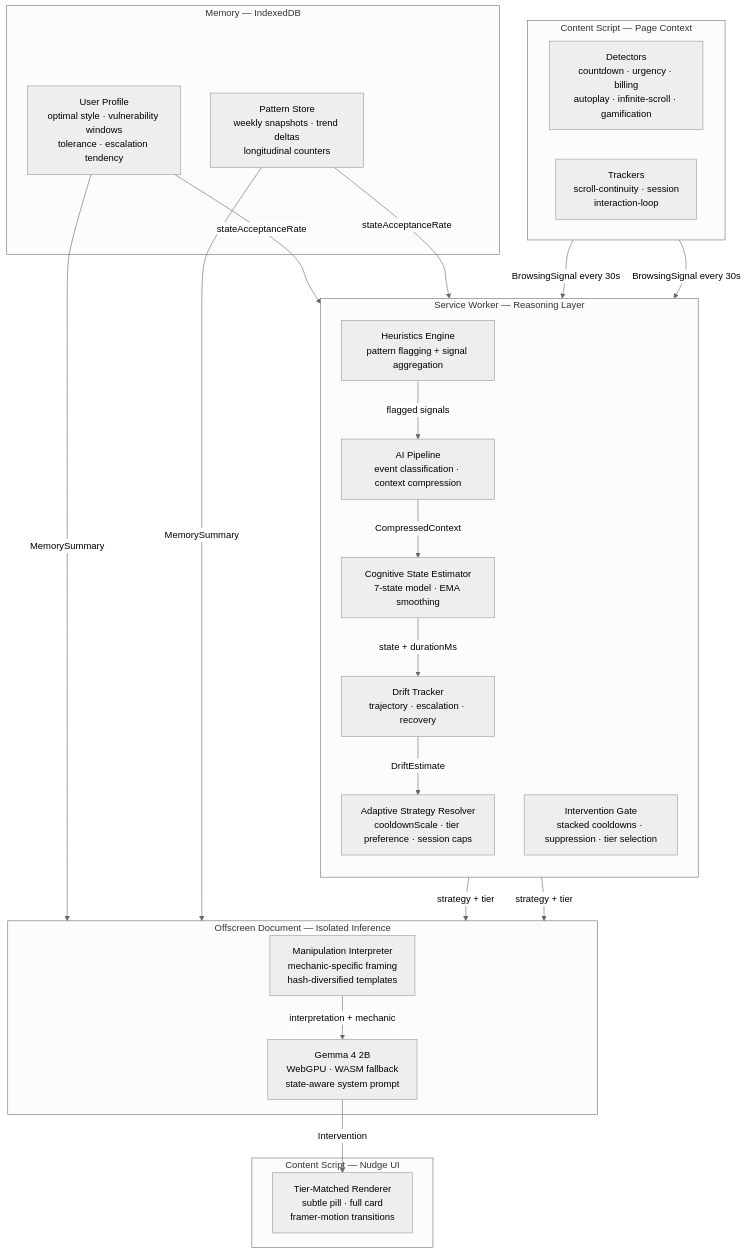
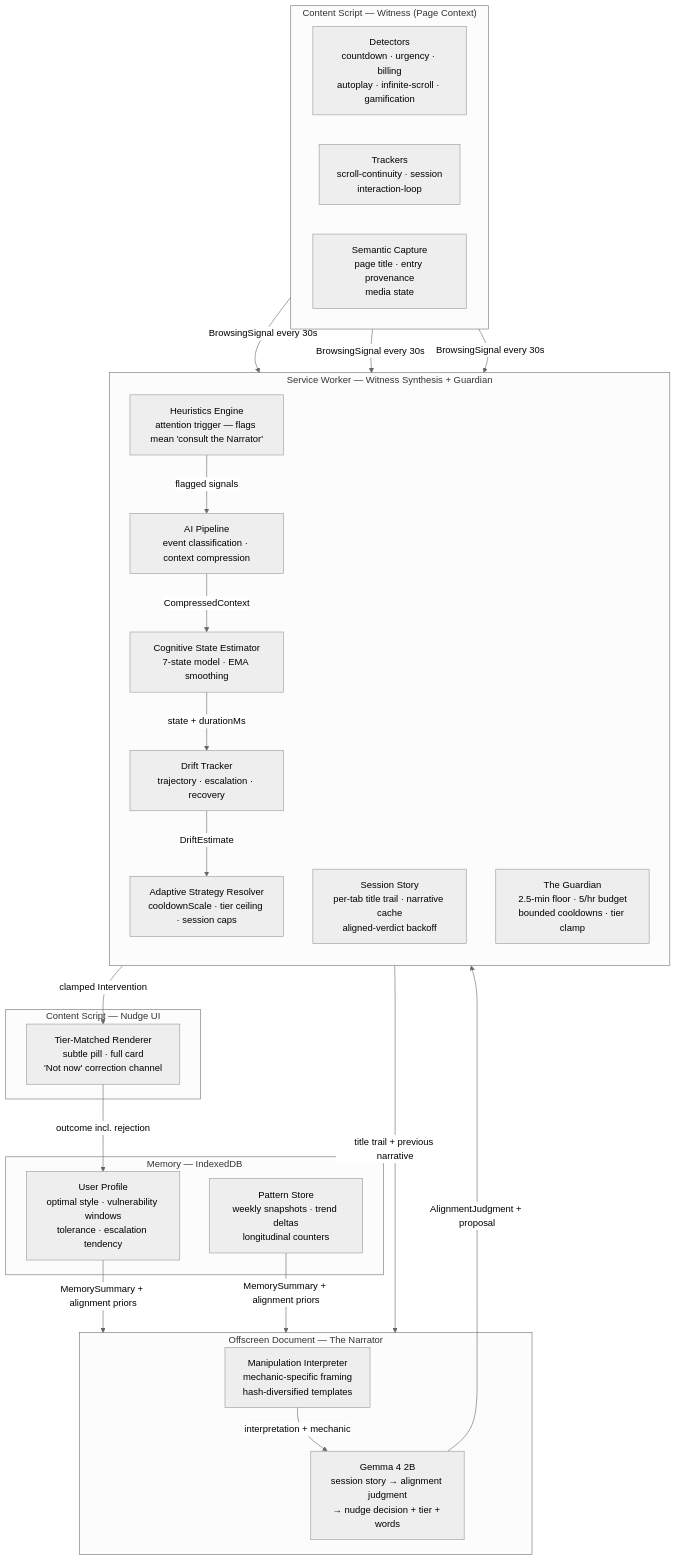
The first of 2 diagrams in README.md (shaw029/angel), drawn with Mermaid (neutral theme) before and after one commit. The commit also changed other lines of this file and 24 other files, not shown here.

````diff
--- a/README.md
+++ b/README.md
@@ -80,43 +92,46 @@
 ```mermaid
 flowchart TB
-    subgraph page ["Content Script — Page Context"]
+    subgraph page ["Content Script — Witness (Page Context)"]
         direction LR
         DET["Detectors\ncountdown · urgency · billing\nautoplay · infinite-scroll · gamification"]
         TRK["Trackers\nscroll-continuity · session\ninteraction-loop"]
+        SEM["Semantic Capture\npage title · entry provenance\nmedia state"]
     end
 
-    subgraph sw ["Service Worker — Reasoning Layer"]
+    subgraph sw ["Service Worker — Witness Synthesis + Guardian"]
         direction TB
-        HEU["Heuristics Engine\npattern flagging + signal aggregation"]
+        HEU["Heuristics Engine\nattention trigger — flags mean 'consult the Narrator'"]
         PIPE["AI Pipeline\nevent classification · context compression"]
         COG["Cognitive State Estimator\n7-state model · EMA smoothing"]
         DRF["Drift Tracker\ntrajectory · escalation · recovery"]
-        STR["Adaptive Strategy Resolver\ncooldownScale · tier preference · session caps"]
-        GATE["Intervention Gate\nstacked cooldowns · suppression · tier selection"]
+        STORY["Session Story\nper-tab title trail · narrative cache\naligned-verdict backoff"]
+        STR["Adaptive Strategy Resolver\ncooldownScale · tier ceiling · session caps"]
+        GATE["The Guardian\n2.5-min floor · 5/hr budget\nbounded cooldowns · tier clamp"]
     end
 
     subgraph mem ["Memory — IndexedDB"]
         PROF["User Profile\noptimal style · vulnerability windows\ntolerance · escalation tendency"]
         PAT["Pattern Store\nweekly snapshots · trend deltas\nlongitudinal counters"]
     end
 
-    subgraph off ["Offscreen Document — Isolated Inference"]
+    subgraph off ["Offscreen Document — The Narrator"]
         INTERP["Manipulation Interpreter\nmechanic-specific framing\nhash-diversified templates"]
-        GEMMA["Gemma 4 2B\nWebGPU · WASM fallback\nstate-aware system prompt"]
+        GEMMA["Gemma 4 2B\nsession story → alignment judgment\n→ nudge decision + tier + words"]
     end
 
     subgraph nudge ["Content Script — Nudge UI"]
-        UI["Tier-Matched Renderer\nsubtle pill · full card\nframer-motion transitions"]
+        UI["Tier-Matched Renderer\nsubtle pill · full card\n'Not now' correction channel"]
     end
 
-    DET & TRK -->|BrowsingSignal every 30s| HEU
+    DET & TRK & SEM -->|BrowsingSignal every 30s| HEU
     HEU -->|flagged signals| PIPE
     PIPE -->|CompressedContext| COG
     COG -->|state + durationMs| DRF
     DRF -->|DriftEstimate| STR
-    STR & GATE -->|strategy + tier| off
-    PROF & PAT -->|MemorySummary| off
-    PROF & PAT -->|stateAcceptanceRate| sw
+    STORY -->|title trail + previous narrative| off
+    PROF & PAT -->|MemorySummary + alignment priors| off
     INTERP -->|interpretation + mechanic| GEMMA
-    GEMMA -->|Intervention| UI
+    GEMMA -->|AlignmentJudgment + proposal| GATE
+    GATE -->|clamped Intervention| UI
+    UI -->|outcome incl. rejection| PROF
 ```
````
